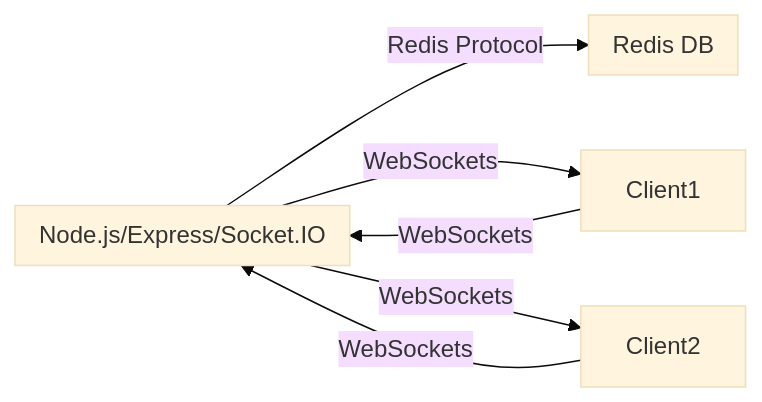
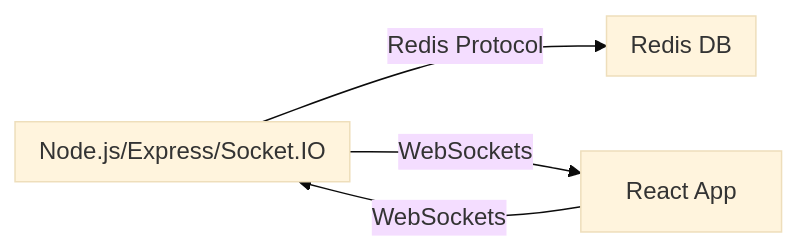
Before and after one commit to yakitoritrash/social-media-analytics: the diagram in README.md, drawn with Mermaid (base theme). The commit also changed other lines of this file, not shown here.

````diff
--- a/README.md
+++ b/README.md
@@ -31,10 +59,10 @@
 ```mermaid
 graph LR
-    Client1 & Client2 -- WebSockets --> AnalyticsService
+    Client1[React App] -- WebSockets --> AnalyticsService
     AnalyticsService -- Redis Protocol --> Redis
-    AnalyticsService -- WebSockets --> Client1 & Client2
+    AnalyticsService -- WebSockets --> Client1[React App]
     subgraph AnalyticsService [Node.js/Express/Socket.IO]
     end
     subgraph Redis [Redis DB]
     end
 ```
````
